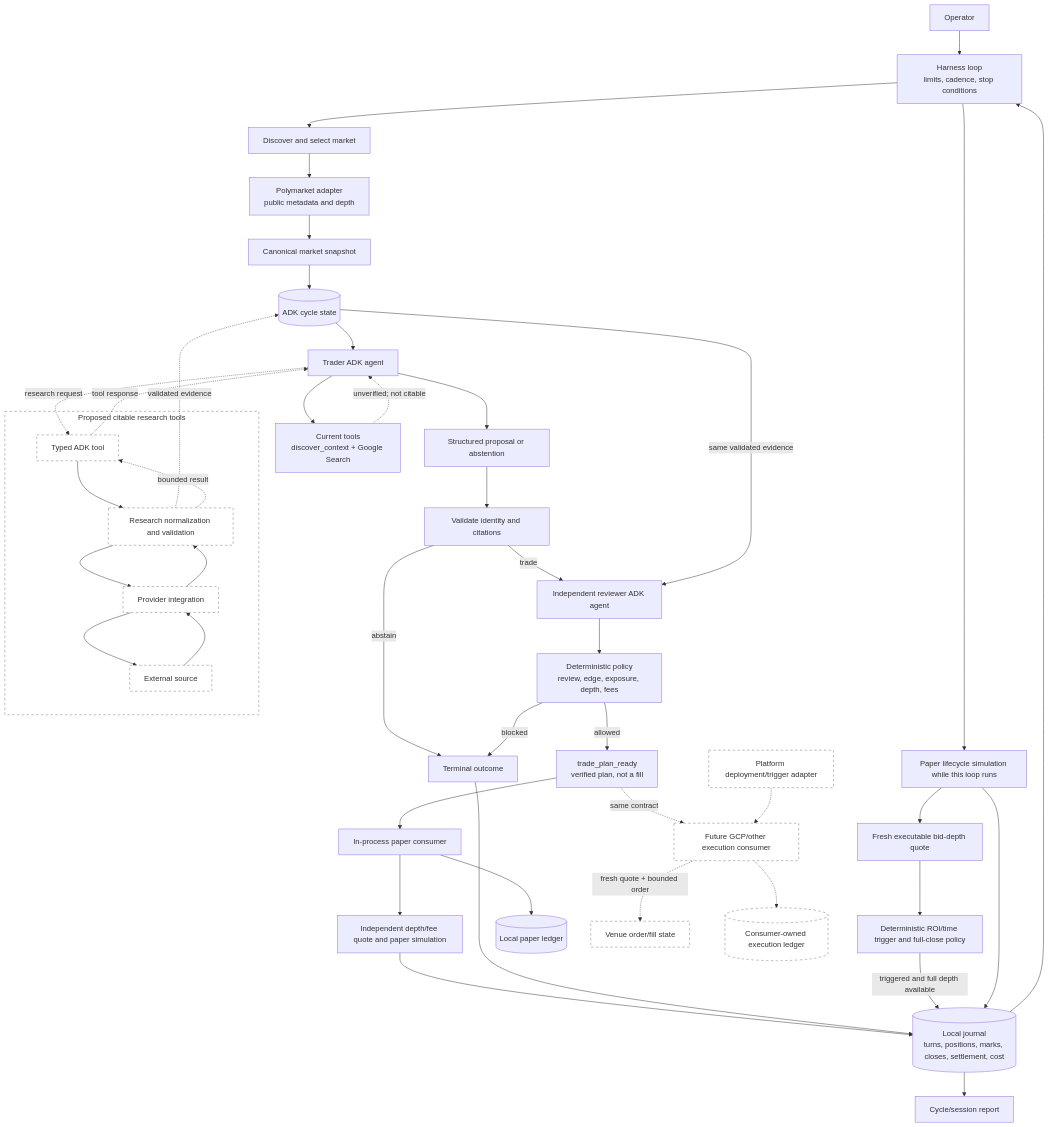
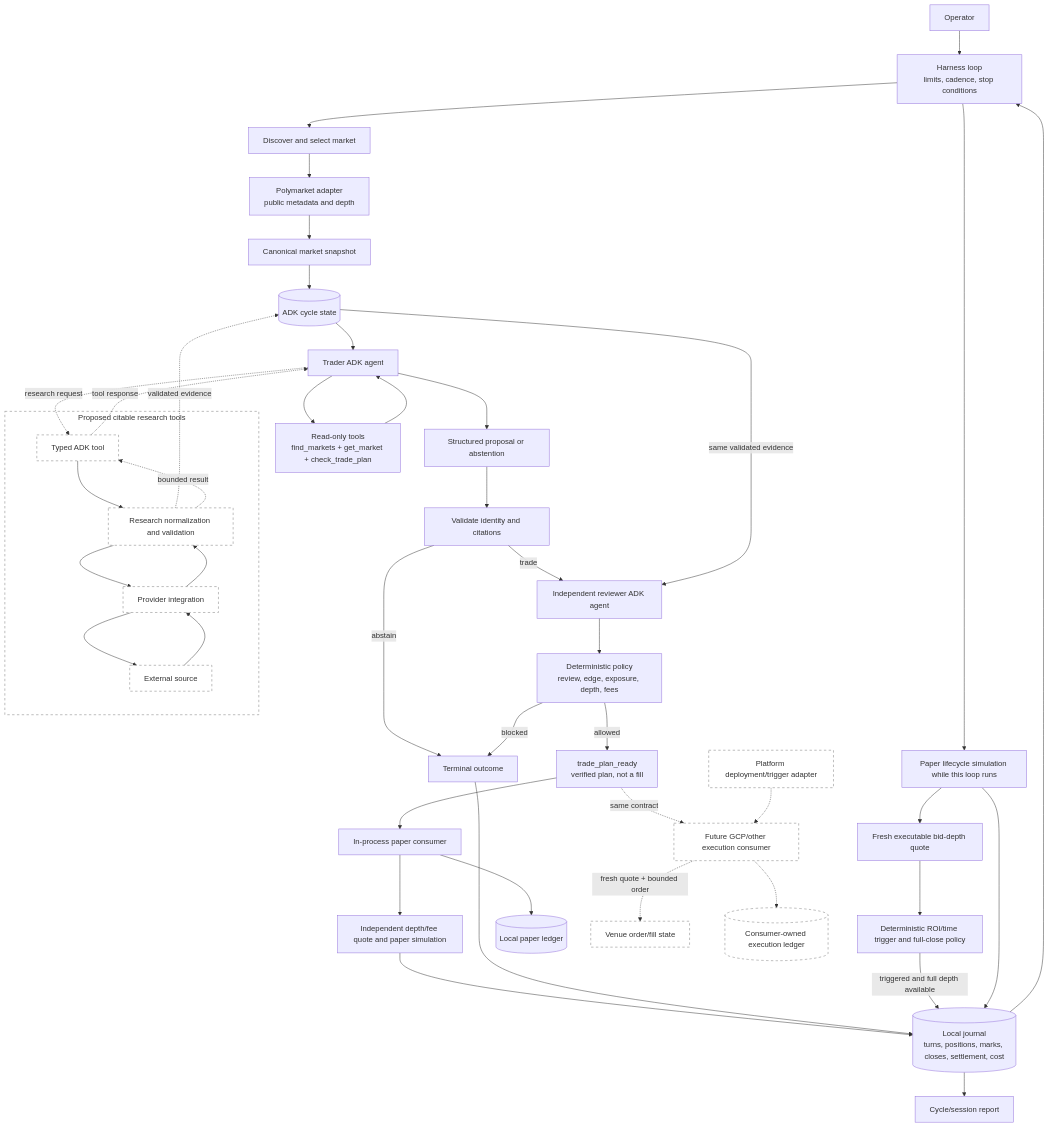
Before and after one commit to JMrtzsn/chrysopoeia: the diagram in harness/docs/architecture.md, drawn with Mermaid. The commit also changed other lines of this file and 24 other files, not shown here.

Commit message:
Add bounded trader tool loop

````diff
--- a/harness/docs/architecture.md
+++ b/harness/docs/architecture.md
@@ -6,54 +6,54 @@
 ```mermaid
 flowchart TD
     Operator --> Loop["Harness loop<br/>limits, cadence, stop conditions"]
     Loop --> Discover["Discover and select market"]
     Discover --> Venue["Polymarket adapter<br/>public metadata and depth"]
     Venue --> Snapshot["Canonical market snapshot"]
     Snapshot --> State[("ADK cycle state")]
 
     State --> Trader["Trader ADK agent"]
-    Trader --> ContextTool["Current tools<br/>discover_context + Google Search"]
-    ContextTool -. "unverified; not citable" .-> Trader
+    Trader --> ContextTool["Read-only tools<br/>find_markets + get_market + check_trade_plan"]
+    ContextTool --> Trader
     Trader --> Proposal["Structured proposal or abstention"]
     Proposal --> Gate["Validate identity and citations"]
     Gate -->|abstain| Outcome["Terminal outcome"]
     Gate -->|trade| Reviewer["Independent reviewer ADK agent"]
     State -->|same validated evidence| Reviewer
     Reviewer --> Policy["Deterministic policy<br/>review, edge, exposure, depth, fees"]
     Policy -->|allowed| Ready["trade_plan_ready<br/>verified plan, not a fill"]
     Ready --> PaperConsumer["In-process paper consumer"]
     PaperConsumer --> Quote["Independent depth/fee quote and paper simulation"]
     Policy -->|blocked| Outcome
     Quote --> Journal[("Local journal<br/>turns, positions, marks, closes, settlement, cost")]
     Outcome --> Journal
     Loop --> Lifecycle["Paper lifecycle simulation while this loop runs"]
     Lifecycle --> ExitQuote["Fresh executable bid-depth quote"]
     ExitQuote --> ExitPolicy["Deterministic ROI/time trigger and full-close policy"]
     ExitPolicy -->|triggered and full depth available| Journal
     Lifecycle --> Journal
     Journal --> Loop
     Journal --> Report["Cycle/session report"]
 
     Ready -. "same contract" .-> ExecutionConsumer["Future GCP/other execution consumer"]
     PaperConsumer --> PaperLedger[("Local paper ledger")]
     ExecutionConsumer -. "fresh quote + bounded order" .-> LiveVenue["Venue order/fill state"]
     ExecutionConsumer -.-> LiveLedger[("Consumer-owned execution ledger")]
     Platform["Platform deployment/trigger adapter"] -.-> ExecutionConsumer
 
     subgraph Planned["Proposed citable research tools"]
         Tool["Typed ADK tool"]
         Core["Research normalization and validation"]
         Integration["Provider integration"]
         Source["External source"]
         Tool --> Core --> Integration --> Source
         Source --> Integration --> Core
     end
     Trader -. "research request" .-> Tool
     Core -. "validated evidence" .-> State
     Core -. "bounded result" .-> Tool
     Tool -. "tool response" .-> Trader
 
     classDef planned fill:#fff,stroke:#777,stroke-dasharray:5 5;
     class Tool,Core,Integration,Source,ExecutionConsumer,LiveVenue,LiveLedger,Platform planned;
     style Planned fill:#fff,stroke:#777,stroke-dasharray:5 5;
 ```
````
